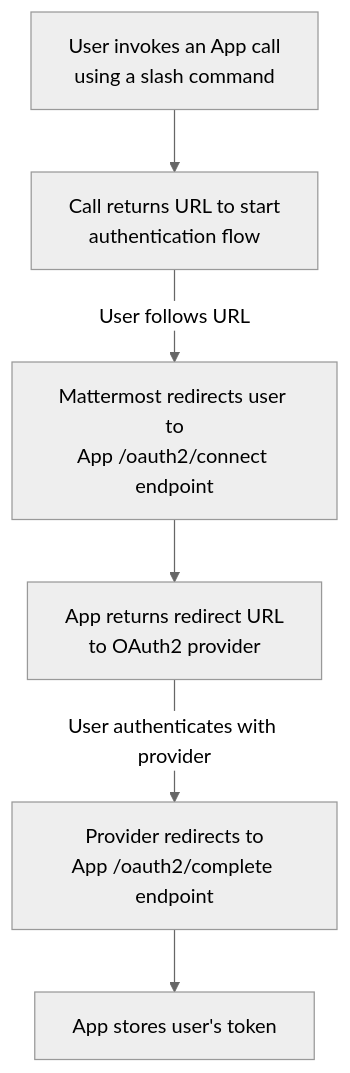
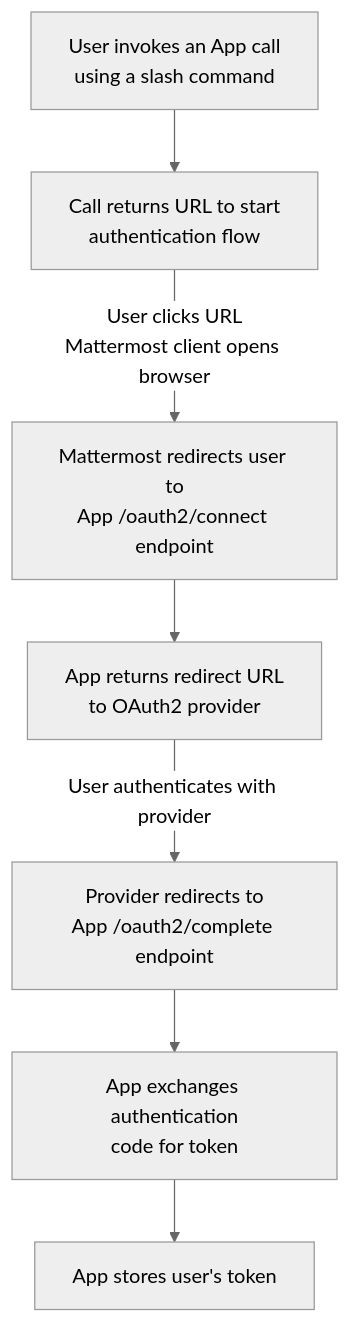
The diagram in site/content/integrate/apps/functionality/oauth2.md (mattermost/mattermost-developer-documentation), drawn with Mermaid (neutral theme) before and after one commit. The commit also changed other lines of this file, not shown here.

Commit message:
Fill out new OAuth2 page with HTTP REST and golang examples

```diff
--- a/site/content/integrate/apps/functionality/oauth2.md
+++ b/site/content/integrate/apps/functionality/oauth2.md
@@ -34,8 +34,9 @@
 {{<mermaid>}}
 graph TD
     A[User invokes an App call<br/>using a slash command] --> B[Call returns URL to start<br/>authentication flow]
-    B -->|User follows URL| C[Mattermost redirects user to<br/>App /oauth2/connect endpoint]
+    B -->|User clicks URL<br/>Mattermost client opens browser| C[Mattermost redirects user to<br/>App /oauth2/connect endpoint]
     C --> D[App returns redirect URL<br/>to OAuth2 provider]
     D -->|User authenticates with provider| E[Provider redirects to<br/>App /oauth2/complete endpoint]
-    E --> F[App stores user's token]
+    E --> F[App exchanges authentication<br/>code for token]
+    F --> G[App stores user's token]
 {{</mermaid>}}
```
